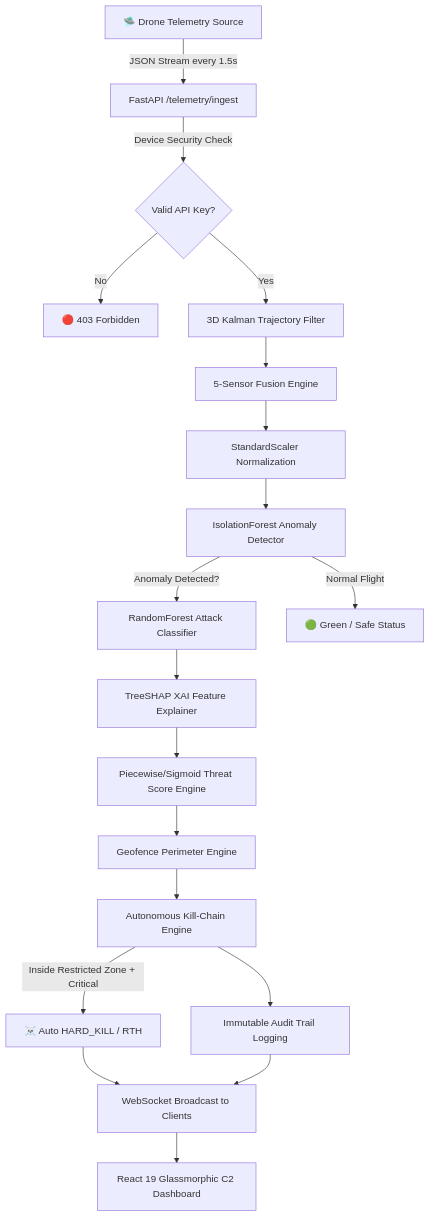
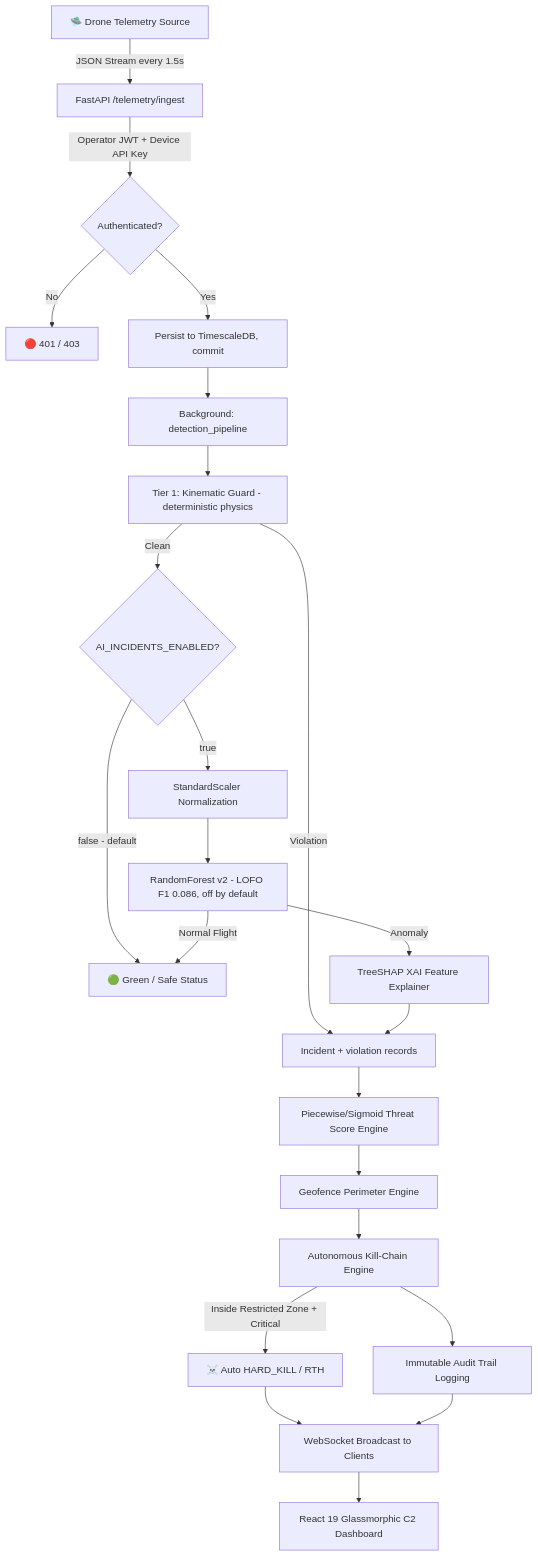
One commit to bserc-labs/SwarmGuard-AI changed the first of 2 diagrams in docs/ARCHITECTURE.md. Above: the diagram before and after it, drawn with Mermaid. The commit also changed other lines of this file and 28 other files, not shown here.

````diff
--- a/docs/ARCHITECTURE.md
+++ b/docs/ARCHITECTURE.md
@@ -17,21 +41,25 @@
 ```mermaid
 graph TD
     A[🛸 Drone Telemetry Source] -->|JSON Stream every 1.5s| B[FastAPI /telemetry/ingest]
-    B -->|Device Security Check| C{Valid API Key?}
-    C -->|No| D[🔴 403 Forbidden]
-    C -->|Yes| E[3D Kalman Trajectory Filter]
-    E --> F[5-Sensor Fusion Engine]
-    F --> G[StandardScaler Normalization]
-    G --> H[IsolationForest Anomaly Detector]
-    H -->|Anomaly Detected?| I[RandomForest Attack Classifier]
-    H -->|Normal Flight| J[🟢 Green / Safe Status]
-    I --> K[TreeSHAP XAI Feature Explainer]
+    B -->|Operator JWT + Device API Key| C{Authenticated?}
+    C -->|No| D[🔴 401 / 403]
+    C -->|Yes| E[Persist to TimescaleDB, commit]
+    E --> E2[Background: detection_pipeline]
+    E2 --> T1[Tier 1: Kinematic Guard - deterministic physics]
+    T1 -->|Violation| K[Incident + violation records]
+    T1 -->|Clean| T2{AI_INCIDENTS_ENABLED?}
+    T2 -->|false - default| J[🟢 Green / Safe Status]
+    T2 -->|true| G[StandardScaler Normalization]
+    G --> H[RandomForest v2 - LOFO F1 0.086, off by default]
+    H -->|Anomaly| K2[TreeSHAP XAI Feature Explainer]
+    H -->|Normal Flight| J
+    K2 --> K
     K --> L[Piecewise/Sigmoid Threat Score Engine]
     L --> M[Geofence Perimeter Engine]
     M --> N[Autonomous Kill-Chain Engine]
     N -->|Inside Restricted Zone + Critical| O[☠️ Auto HARD_KILL / RTH]
     N --> P[Immutable Audit Trail Logging]
     O --> Q[WebSocket Broadcast to Clients]
     P --> Q
     Q --> R[React 19 Glassmorphic C2 Dashboard]
 ```
````
